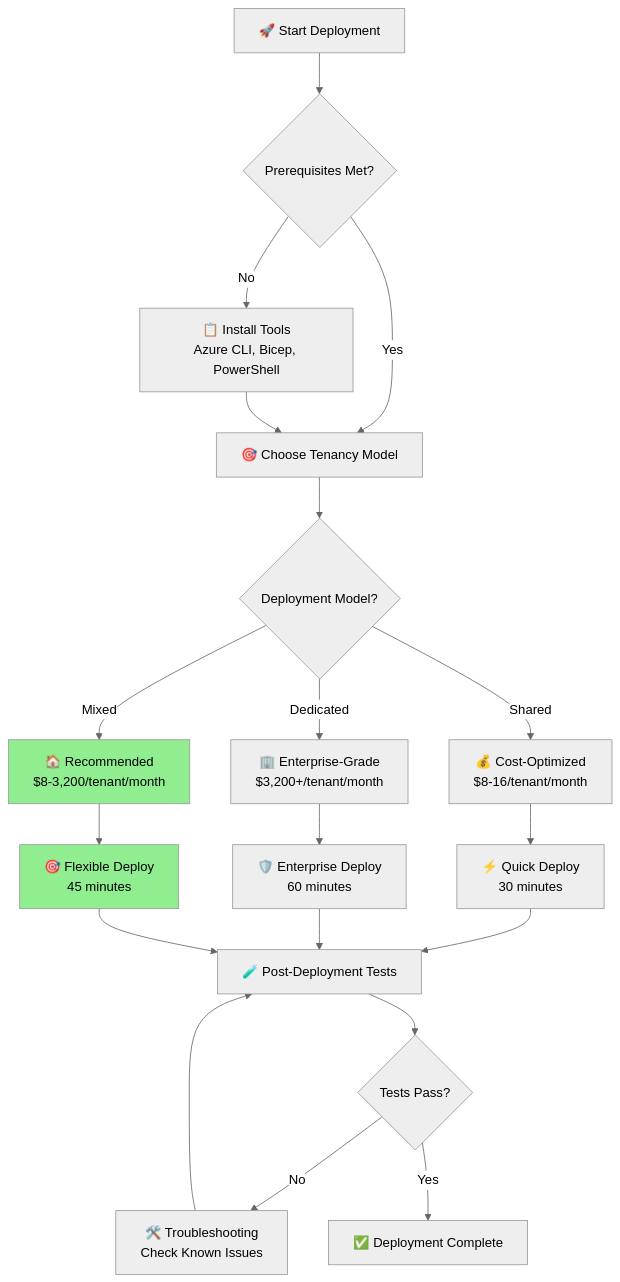
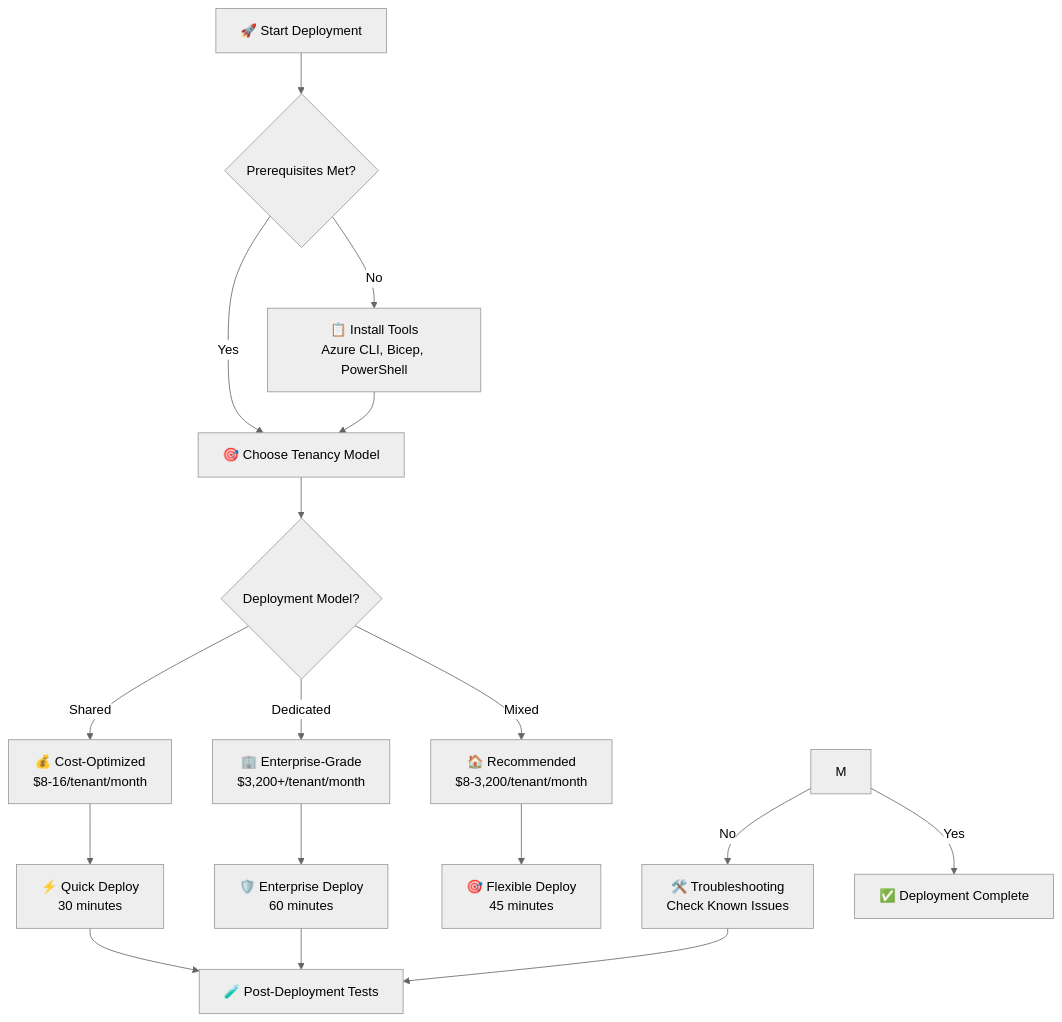
Before and after one commit to srnichols/StampsPattern: the first of 2 diagrams in docs/DEPLOYMENT_GUIDE.md, drawn with Mermaid (neutral theme). The commit also changed 10 other files, not shown here.

Commit message:
docs: add Mermaid theme sample with per-diagram init (neutral/dark)

````diff
--- a/docs/DEPLOYMENT_GUIDE.md
+++ b/docs/DEPLOYMENT_GUIDE.md
@@ -94,28 +94,24 @@
 ```mermaid
 graph TD
     A[🚀 Start Deployment] --> B{Prerequisites Met?}
     B -->|No| C[📋 Install Tools<br/>Azure CLI, Bicep, PowerShell]
     B -->|Yes| D[🎯 Choose Tenancy Model]
     C --> D
     
     D --> E{Deployment Model?}
     E -->|Shared| F[💰 Cost-Optimized<br/>$8-16/tenant/month]
     E -->|Dedicated| G[🏢 Enterprise-Grade<br/>$3,200+/tenant/month]
     E -->|Mixed| H[🏠 Recommended<br/>$8-3,200/tenant/month]
     
     F --> I[⚡ Quick Deploy<br/>30 minutes]
     G --> J[🛡️ Enterprise Deploy<br/>60 minutes]
     H --> K[🎯 Flexible Deploy<br/>45 minutes]
     
     I --> L[🧪 Post-Deployment Tests]
     J --> L
-    K --> L
-    
-    L --> M{Tests Pass?}
+
     M -->|No| N[🛠️ Troubleshooting<br/>Check Known Issues]
     M -->|Yes| O[✅ Deployment Complete]
     N --> L
-    
-    style H fill:#90EE90
-    style K fill:#90EE90
+
 ```
````
